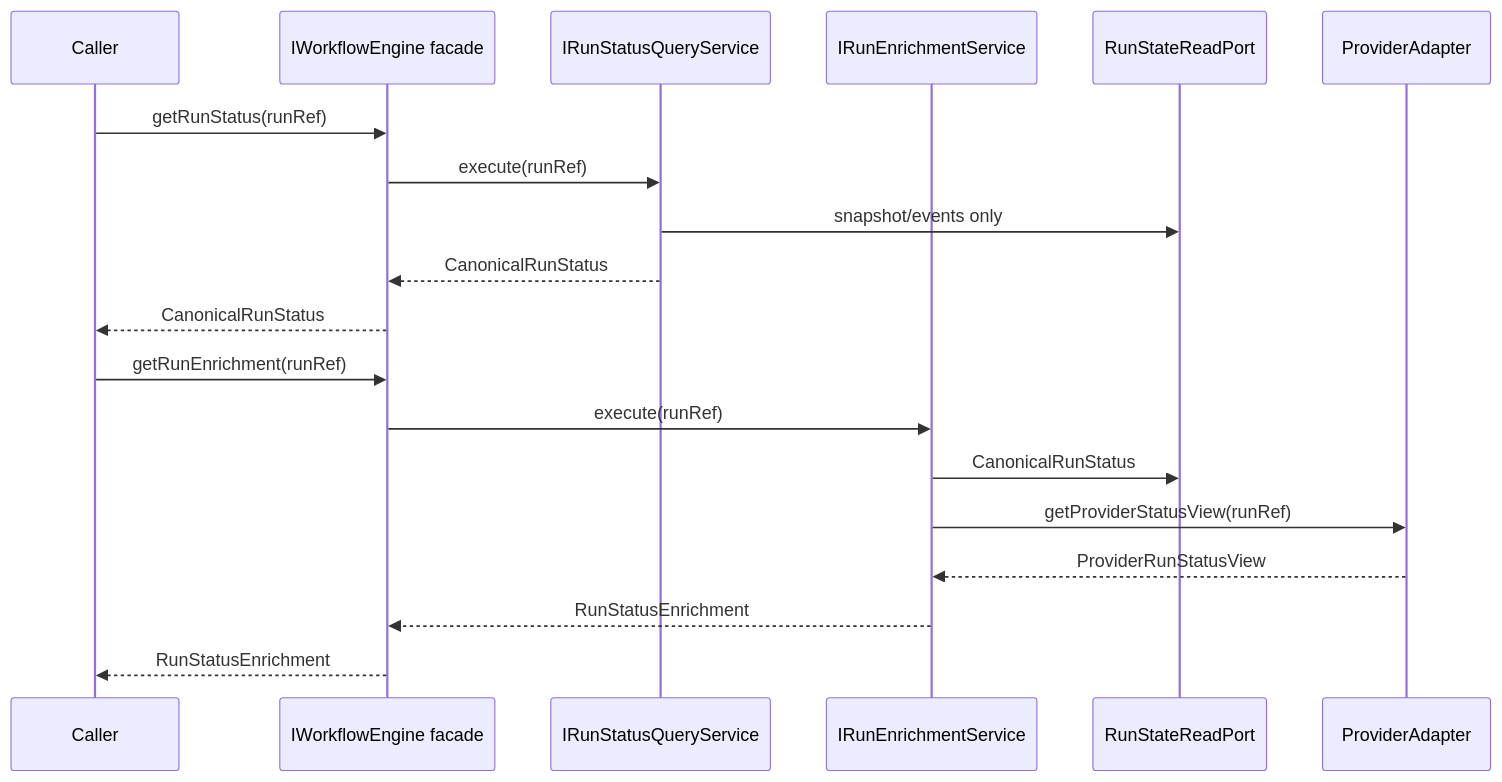
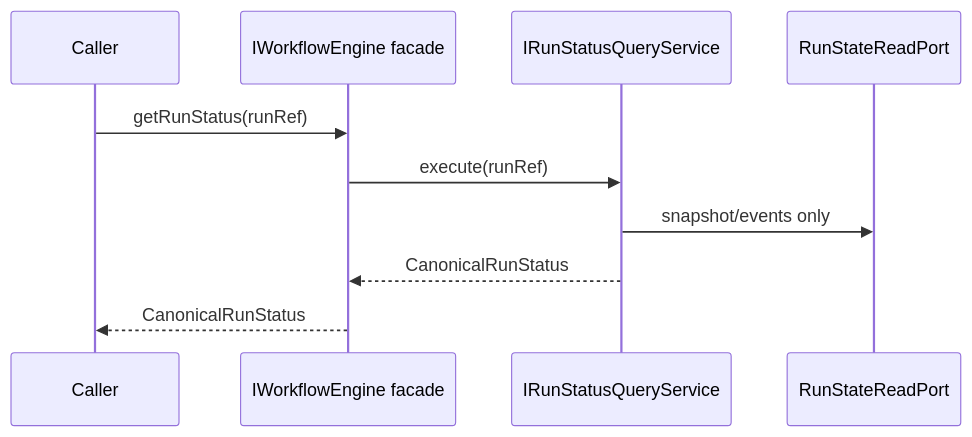
One commit to dunay2/dvt changed the fifth of 7 diagrams in docs/architecture/components/engine/architecture/workflow-engine-target-architecture.v1.md. Above: the diagram before and after it, drawn with Mermaid. The commit also changed other lines of this file and 39 other files, not shown here.

Commit message:
refactor(engine): Split run enrichment out of engine facade

````diff
--- a/docs/architecture/components/engine/architecture/workflow-engine-target-architecture.v1.md
+++ b/docs/architecture/components/engine/architecture/workflow-engine-target-architecture.v1.md
@@ -248,23 +269,13 @@
 ```mermaid
 sequenceDiagram
   participant Client as Caller
   participant Facade as IWorkflowEngine facade
   participant Query as IRunStatusQueryService
-  participant Enrich as IRunEnrichmentService
   participant State as RunStateReadPort
-  participant Provider as ProviderAdapter
 
   Client->>Facade: getRunStatus(runRef)
   Facade->>Query: execute(runRef)
   Query->>State: snapshot/events only
   Query-->>Facade: CanonicalRunStatus
   Facade-->>Client: CanonicalRunStatus
-
-  Client->>Facade: getRunEnrichment(runRef)
-  Facade->>Enrich: execute(runRef)
-  Enrich->>State: CanonicalRunStatus
-  Enrich->>Provider: getProviderStatusView(runRef)
-  Provider-->>Enrich: ProviderRunStatusView
-  Enrich-->>Facade: RunStatusEnrichment
-  Facade-->>Client: RunStatusEnrichment
 ```
````
